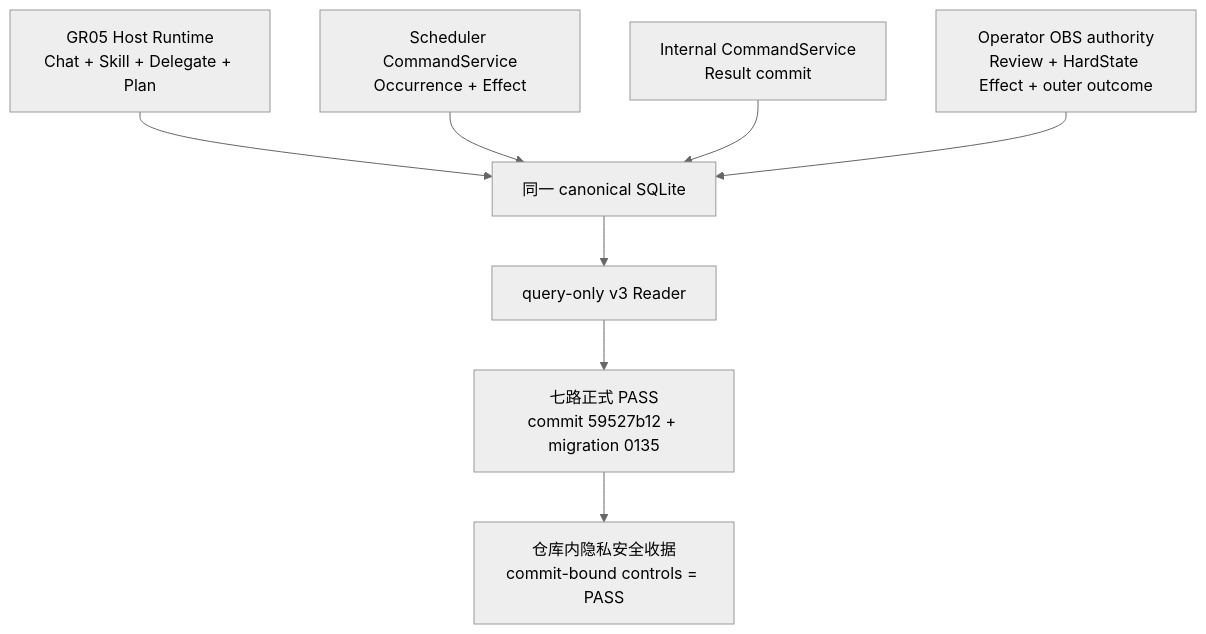
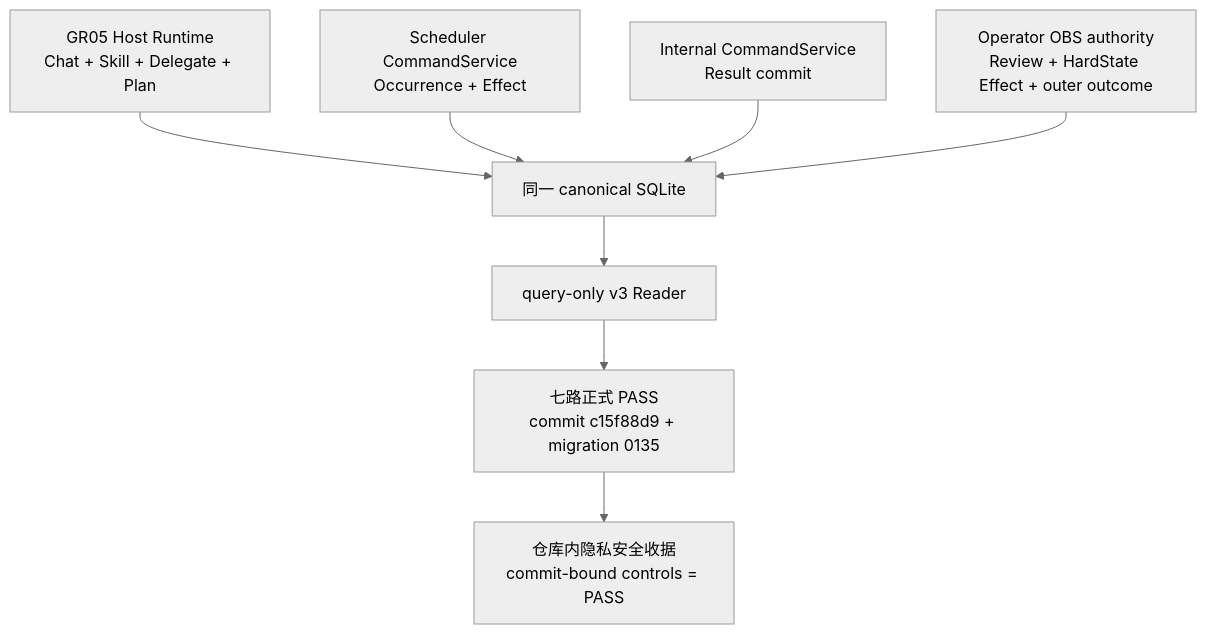
The third of 38 diagrams in docs/50_project/arch/DATA_FLOW_ARCHITECTURE.md (SakuraYoruno/Natsume_Ai), drawn with Mermaid (neutral theme) before and after one commit. The commit also changed other lines of this file and 20 other files, not shown here.

````diff
--- a/docs/50_project/arch/DATA_FLOW_ARCHITECTURE.md
+++ b/docs/50_project/arch/DATA_FLOW_ARCHITECTURE.md
@@ -34,10 +55,10 @@
 ```mermaid
 flowchart TD
     H["GR05 Host Runtime\nChat + Skill + Delegate + Plan"] --> DB["同一 canonical SQLite"]
     S["Scheduler CommandService\nOccurrence + Effect"] --> DB
     I["Internal CommandService\nResult commit"] --> DB
     O["Operator OBS authority\nReview + HardState Effect + outer outcome"] --> DB
     DB --> R["query-only v3 Reader"]
-    R --> V["七路正式 PASS\ncommit 59527b12 + migration 0135"]
+    R --> V["七路正式 PASS\ncommit c15f88d9 + migration 0135"]
     V --> X["仓库内隐私安全收据\ncommit-bound controls = PASS"]
 ```
````
